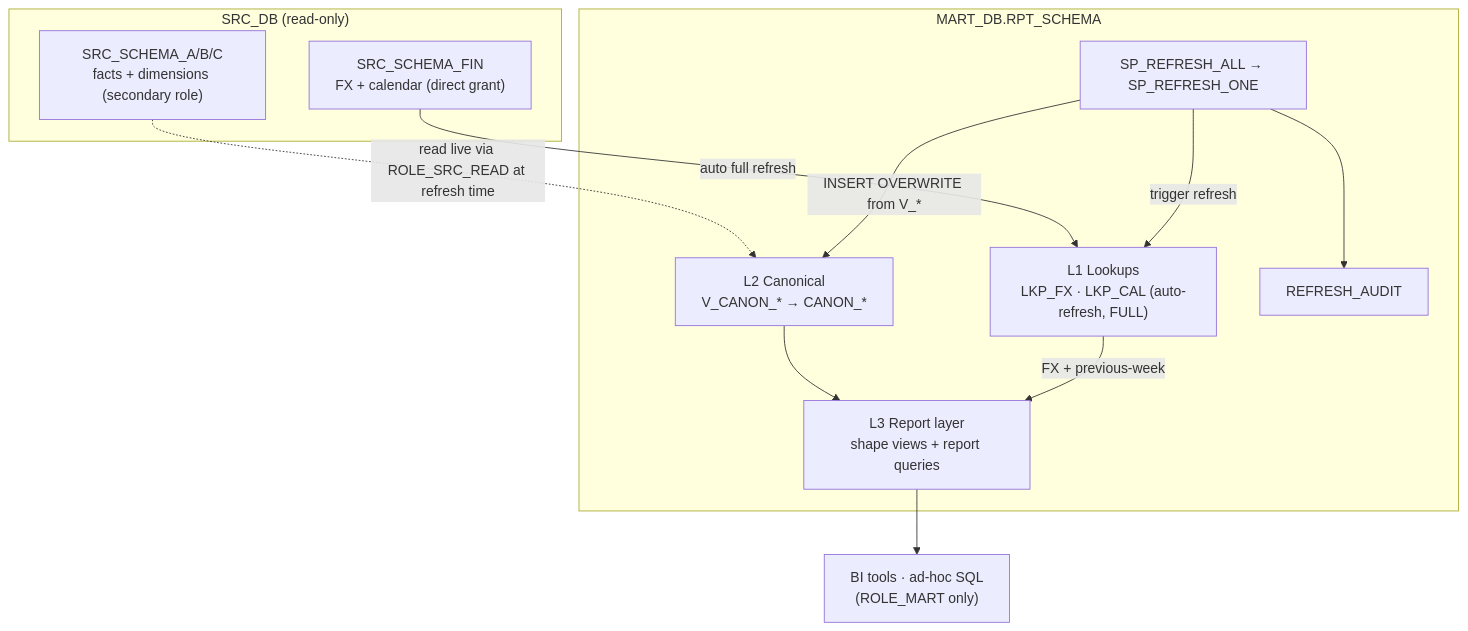
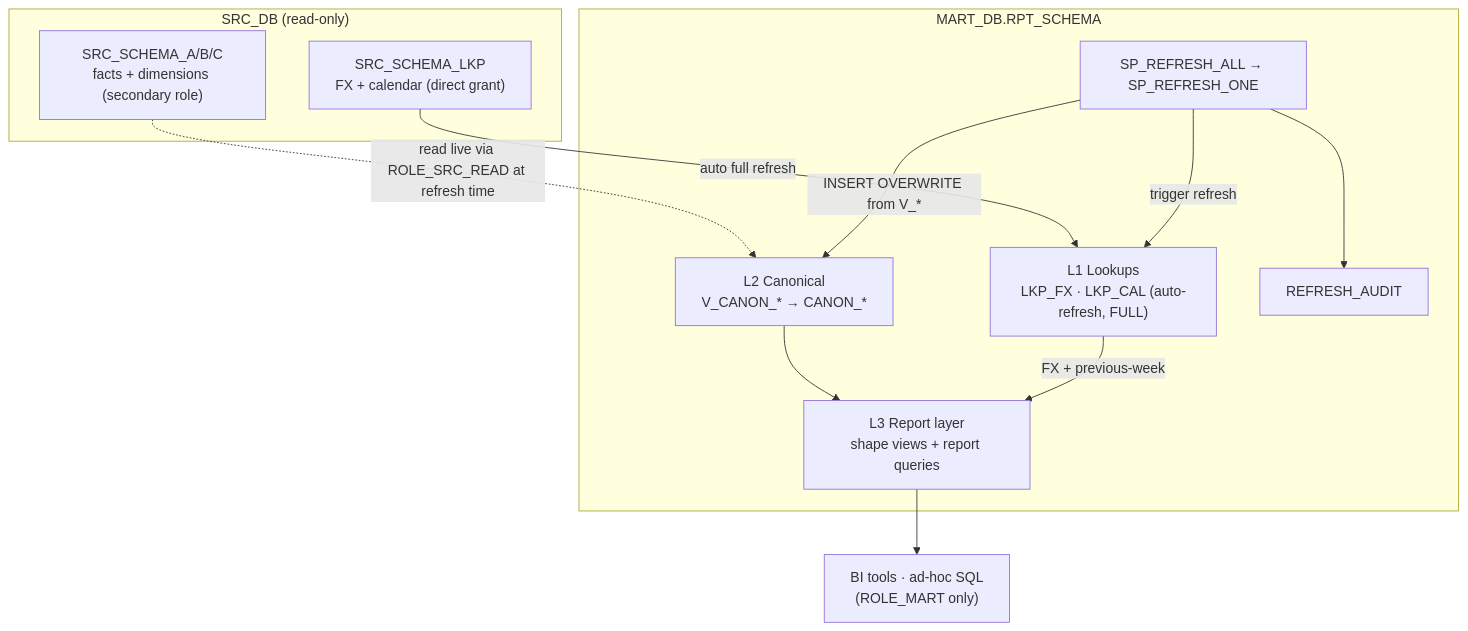
One commit to hsg09/governed-reporting-data-mart-snowflake changed the second of 5 diagrams in README.md. Above: the diagram before and after it, drawn with Mermaid. The commit also changed other lines of this file, not shown here.

````diff
--- a/README.md
+++ b/README.md
@@ -147,26 +143,26 @@
 ```mermaid
 graph TB
     subgraph SRC["SRC_DB (read-only)"]
-        FIN["SRC_SCHEMA_FIN<br/>FX + calendar (direct grant)"]
+        FIN["SRC_SCHEMA_LKP<br/>FX + calendar (direct grant)"]
         FACTS["SRC_SCHEMA_A/B/C<br/>facts + dimensions (secondary role)"]
     end
 
     subgraph RPT["MART_DB.RPT_SCHEMA"]
         L1["L1 Lookups<br/>LKP_FX · LKP_CAL (auto-refresh, FULL)"]
         L2["L2 Canonical<br/>V_CANON_* → CANON_*"]
         L3["L3 Report layer<br/>shape views + report queries"]
         SP["SP_REFRESH_ALL → SP_REFRESH_ONE"]
         LOG["REFRESH_AUDIT"]
     end
 
     APP["BI tools · ad-hoc SQL<br/>(ROLE_MART only)"]
 
     FIN  -->|auto full refresh| L1
     FACTS -.->|read live via ROLE_SRC_READ at refresh time| L2
     SP   -->|INSERT OVERWRITE from V_*| L2
     SP   -->|trigger refresh| L1
     SP   --> LOG
     L2 --> L3
     L1 -->|FX + previous-week| L3
     L3 --> APP
 ```
````
